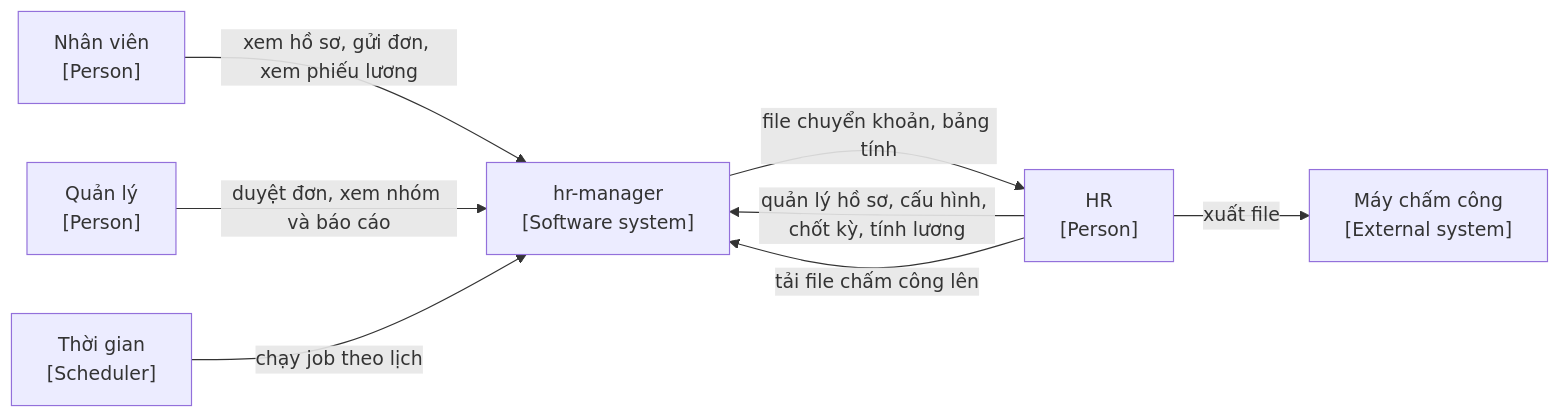
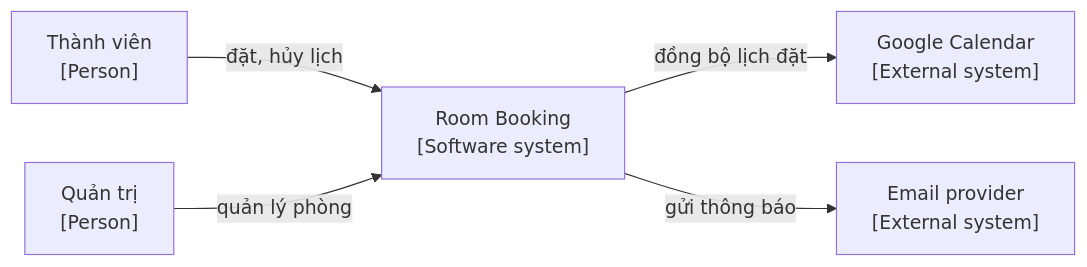
One commit to pbaodev/hr-manager changed the first of 2 diagrams in ARCHITECTURE.md. Above: the diagram before and after it, drawn with Mermaid. The commit also changed other lines of this file and 26 other files, not shown here.

````diff
--- a/ARCHITECTURE.md
+++ b/ARCHITECTURE.md
@@ -16,10 +17,7 @@
 ```mermaid
 flowchart LR
-  nv["Nhân viên<br/>[Person]"] -->|"xem hồ sơ, gửi đơn, xem phiếu lương"| sys["hr-manager<br/>[Software system]"]
-  ql["Quản lý<br/>[Person]"] -->|"duyệt đơn, xem nhóm và báo cáo"| sys
-  hr["HR<br/>[Person]"] -->|"quản lý hồ sơ, cấu hình, chốt kỳ, tính lương"| sys
-  time["Thời gian<br/>[Scheduler]"] -->|"chạy job theo lịch"| sys
-  hr -->|"xuất file"| device["Máy chấm công<br/>[External system]"]
-  hr -->|"tải file chấm công lên"| sys
-  sys -->|"file chuyển khoản, bảng tính"| hr
+  member["Thành viên<br/>[Person]"] -->|"đặt, hủy lịch"| system["Room Booking<br/>[Software system]"]
+  admin["Quản trị<br/>[Person]"] -->|"quản lý phòng"| system
+  system -->|"đồng bộ lịch đặt"| gcal["Google Calendar<br/>[External system]"]
+  system -->|"gửi thông báo"| mail["Email provider<br/>[External system]"]
 ```
````
